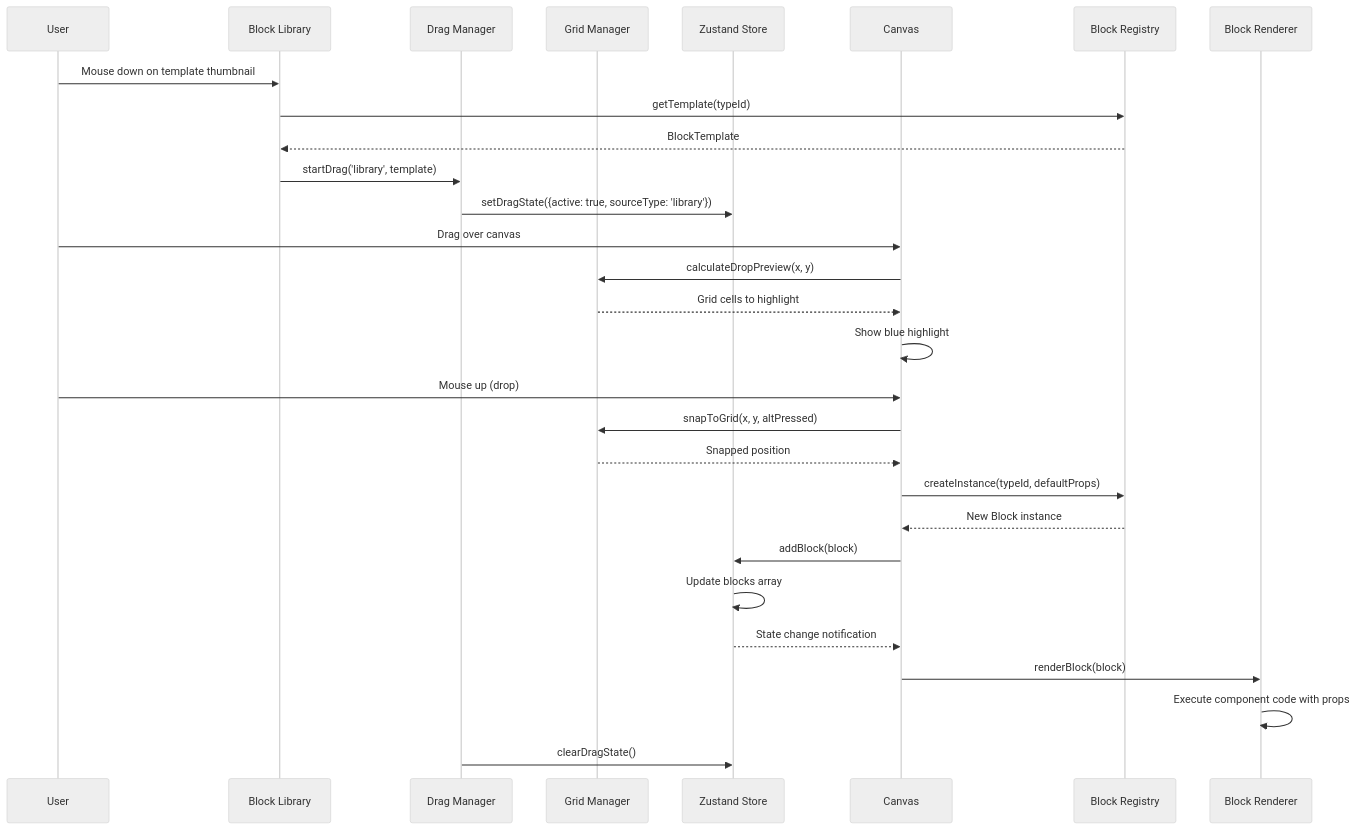
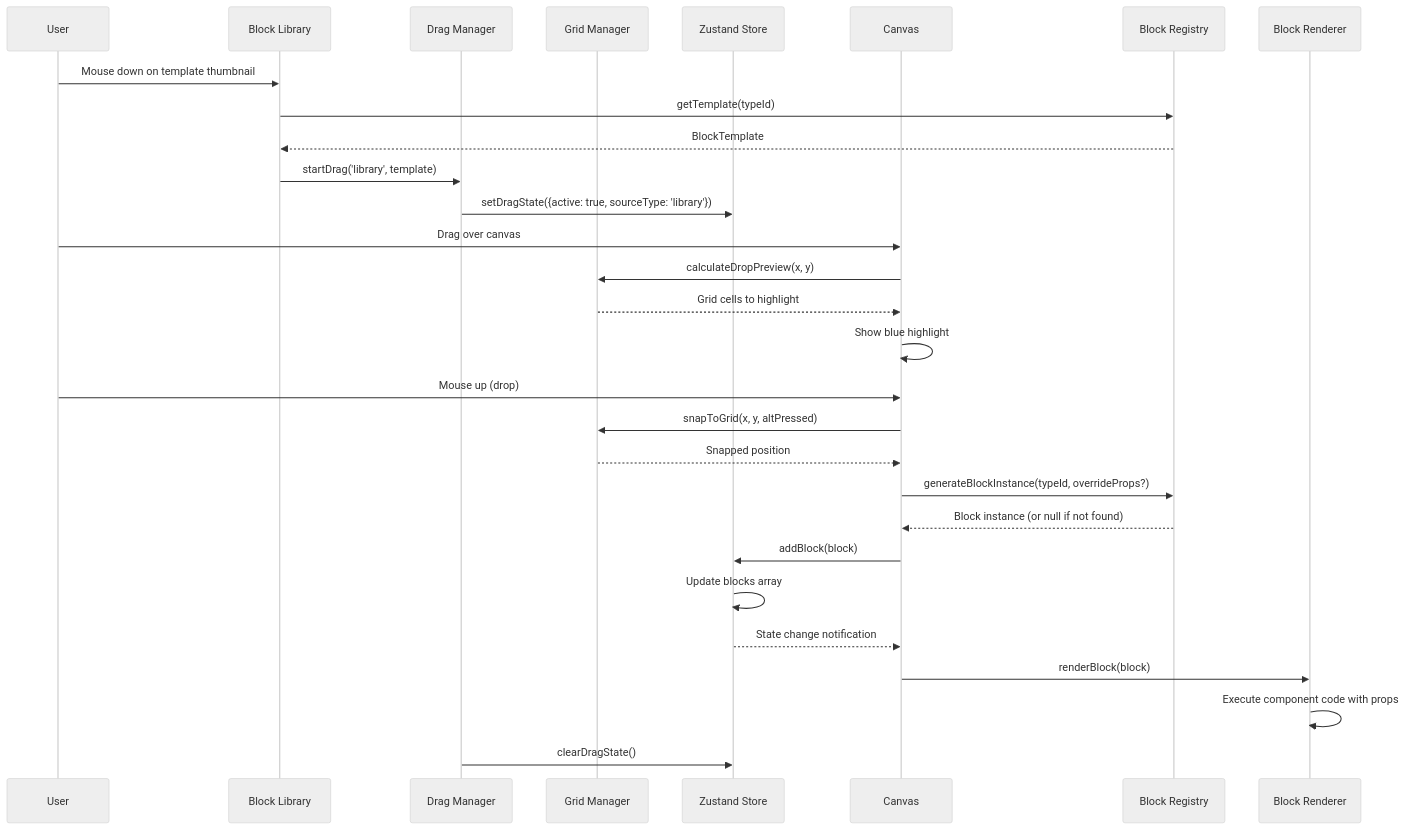
Before and after one commit to litkeys/DraftCN: the third of 8 diagrams in docs/architecture.md, drawn with Mermaid (neutral theme). The commit also changed other lines of this file and 4 other files, not shown here.

````diff
--- a/docs/architecture.md
+++ b/docs/architecture.md
@@ -614,34 +616,34 @@
 ```mermaid
 sequenceDiagram
     participant User
     participant Sidebar as Block Library
     participant DragMgr as Drag Manager
     participant GridMgr as Grid Manager
     participant Store as Zustand Store
     participant Canvas
     participant Registry as Block Registry
     participant Renderer as Block Renderer
 
     User->>Sidebar: Mouse down on template thumbnail
     Sidebar->>Registry: getTemplate(typeId)
     Registry-->>Sidebar: BlockTemplate
     Sidebar->>DragMgr: startDrag('library', template)
     DragMgr->>Store: setDragState({active: true, sourceType: 'library'})
     
     User->>Canvas: Drag over canvas
     Canvas->>GridMgr: calculateDropPreview(x, y)
     GridMgr-->>Canvas: Grid cells to highlight
     Canvas->>Canvas: Show blue highlight
     
     User->>Canvas: Mouse up (drop)
     Canvas->>GridMgr: snapToGrid(x, y, altPressed)
     GridMgr-->>Canvas: Snapped position
-    Canvas->>Registry: createInstance(typeId, defaultProps)
-    Registry-->>Canvas: New Block instance
+    Canvas->>Registry: generateBlockInstance(typeId, overrideProps?)
+    Registry-->>Canvas: Block instance (or null if not found)
     Canvas->>Store: addBlock(block)
     Store->>Store: Update blocks array
     Store-->>Canvas: State change notification
     Canvas->>Renderer: renderBlock(block)
     Renderer->>Renderer: Execute component code with props
     DragMgr->>Store: clearDragState()
 ```
````
